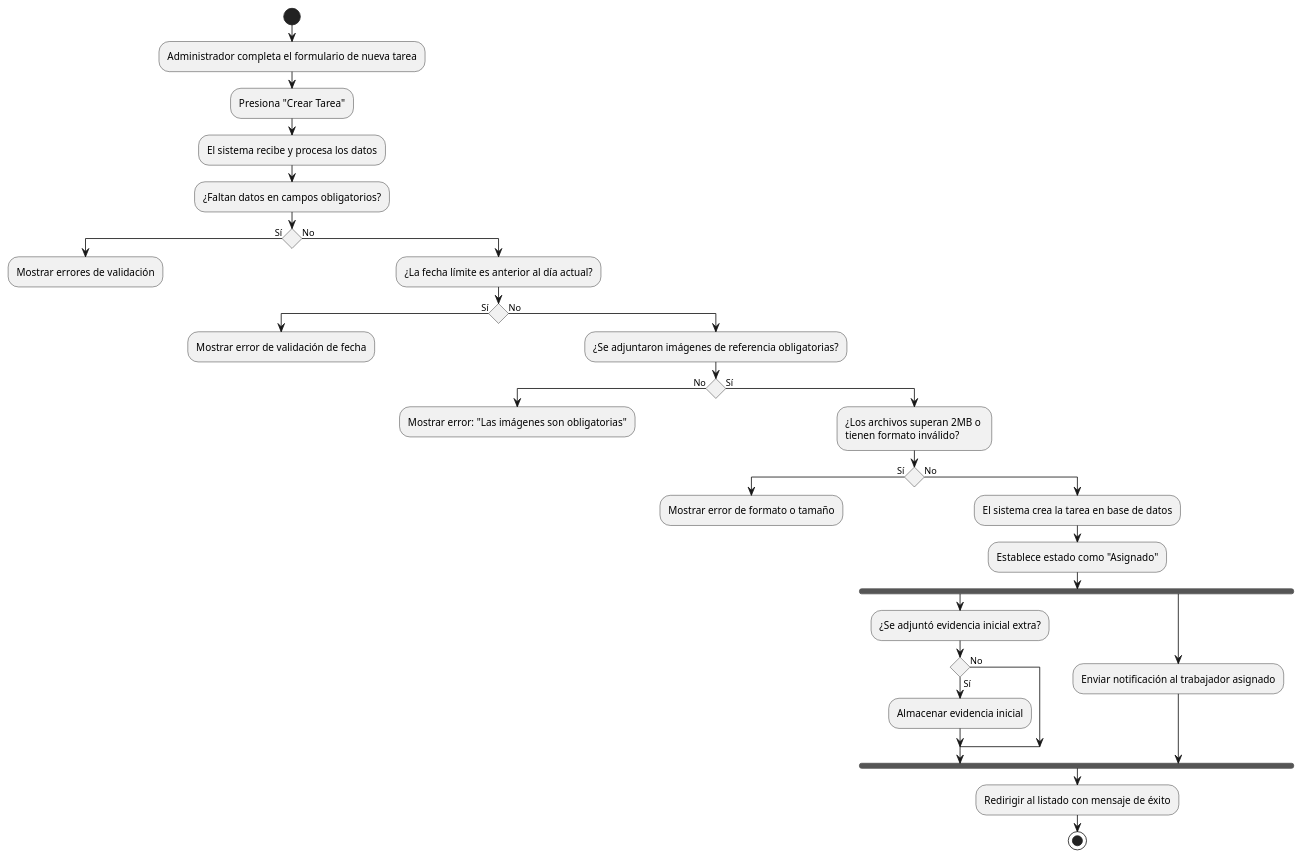
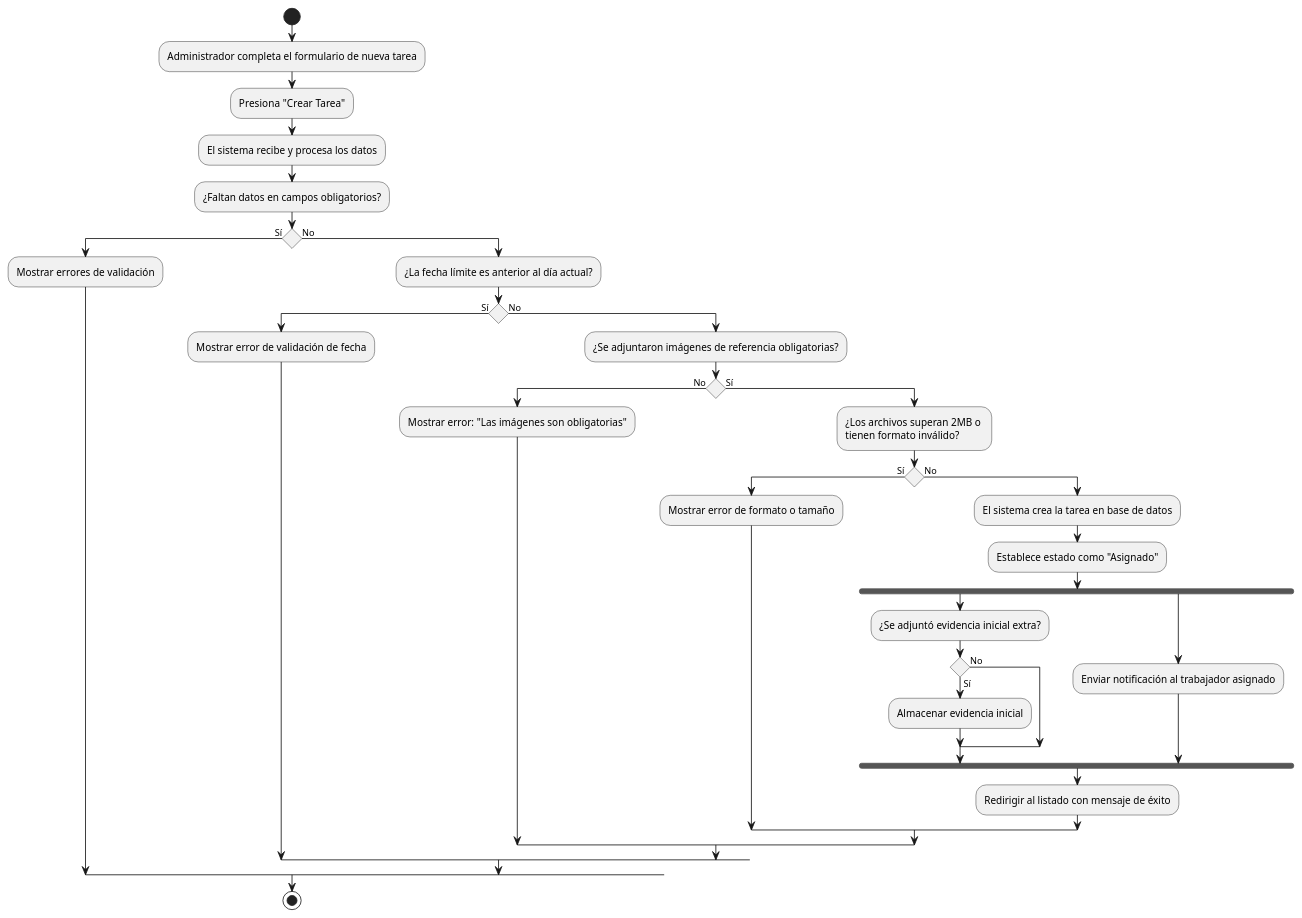
The diagram in document/diagrama_actividades/ADM/ADM-14.md (MasterErrorCLONE04/SIGERD.1.0), drawn with PlantUML before and after one commit. The commit also changed 28 other files, not shown here.

````diff
--- a/document/diagrama_actividades/ADM/ADM-14.md
+++ b/document/diagrama_actividades/ADM/ADM-14.md
@@ -22,53 +22,49 @@
 ```plantuml
 @startuml
 skinparam ConditionEndStyle hline
 
 start
 
 :Administrador completa el formulario de nueva tarea;
 :Presiona "Crear Tarea";
 
 :El sistema recibe y procesa los datos;
 
 :¿Faltan datos en campos obligatorios?;
 if () then (Sí)
   :Mostrar errores de validación;
-  kill
 else (No)
   :¿La fecha límite es anterior al día actual?;
   if () then (Sí)
     :Mostrar error de validación de fecha;
-    kill
   else (No)
     :¿Se adjuntaron imágenes de referencia obligatorias?;
     if () then (No)
       :Mostrar error: "Las imágenes son obligatorias";
-      kill
     else (Sí)
       :¿Los archivos superan 2MB o \ntienen formato inválido?;
       if () then (Sí)
         :Mostrar error de formato o tamaño;
-        kill
       else (No)
         :El sistema crea la tarea en base de datos;
         :Establece estado como "Asignado";
         
         fork
           :¿Se adjuntó evidencia inicial extra?;
           if () then (Sí)
             :Almacenar evidencia inicial;
           else (No)
           endif
         fork again
           :Enviar notificación al trabajador asignado;
         end fork
         
         :Redirigir al listado con mensaje de éxito;
-        stop
       endif
     endif
   endif
 endif
 
+stop
 @enduml
 ```
````
